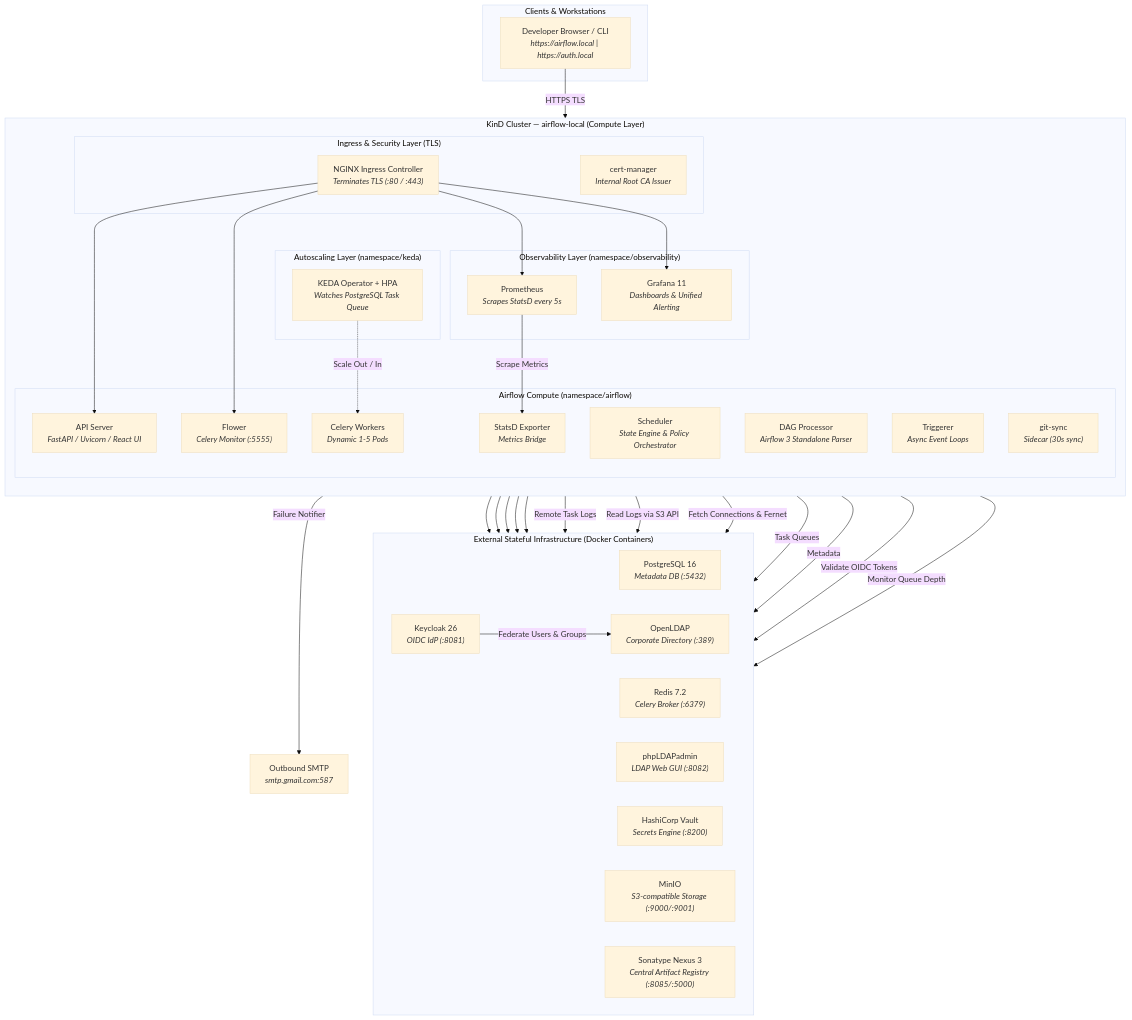
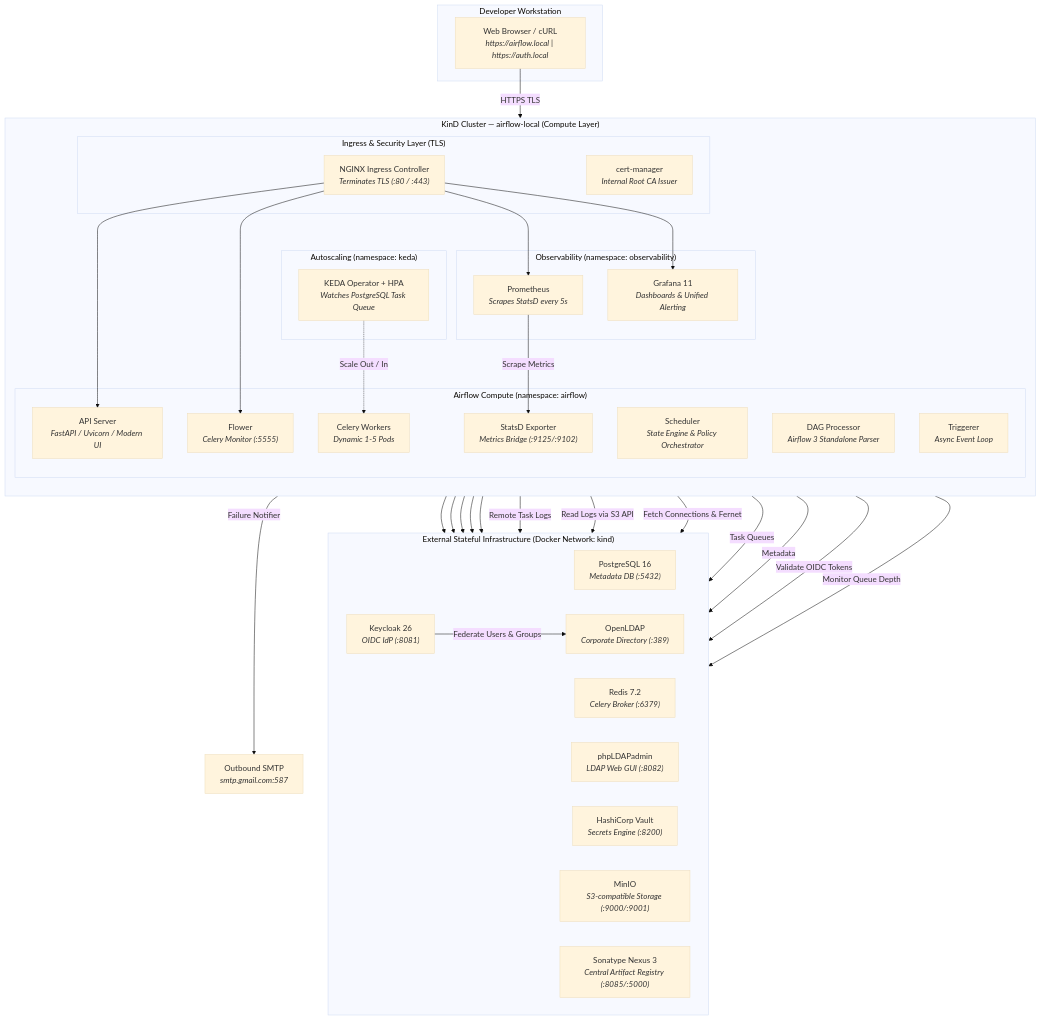
One commit to amirsohelprowork-netizen/Learn_Airflow changed the first of 4 diagrams in README.md. Above: the diagram before and after it, drawn with Mermaid (base theme). The commit also changed other lines of this file, not shown here.

````diff
--- a/README.md
+++ b/README.md
@@ -60,72 +87,71 @@
 ```mermaid
 graph TB
-    subgraph CLIENT["Clients & Workstations"]
-        BROWSER["Developer Browser / CLI<br/><i>https://airflow.local | https://auth.local</i>"]
+    subgraph CLIENT["Developer Workstation"]
+        BROWSER["Web Browser / cURL<br/><i>https://airflow.local | https://auth.local</i>"]
     end
 
     subgraph KIND["KinD Cluster — airflow-local (Compute Layer)"]
         direction TB
 
         subgraph INGRESS_LAYER["Ingress & Security Layer (TLS)"]
             ING["NGINX Ingress Controller<br/><i>Terminates TLS (:80 / :443)</i>"]
             CERT["cert-manager<br/><i>Internal Root CA Issuer</i>"]
         end
 
-        subgraph AIRFLOW_LAYER["Airflow Compute (namespace/airflow)"]
-            API["API Server<br/><i>FastAPI / Uvicorn / React UI</i>"]
+        subgraph AIRFLOW_LAYER["Airflow Compute (namespace: airflow)"]
+            API["API Server<br/><i>FastAPI / Uvicorn / Modern UI</i>"]
             SCH["Scheduler<br/><i>State Engine & Policy Orchestrator</i>"]
             DAG["DAG Processor<br/><i>Airflow 3 Standalone Parser</i>"]
             WRK["Celery Workers<br/><i>Dynamic 1-5 Pods</i>"]
-            TRG["Triggerer<br/><i>Async Event Loops</i>"]
+            TRG["Triggerer<br/><i>Async Event Loop</i>"]
             FLW["Flower<br/><i>Celery Monitor (:5555)</i>"]
-            STATSD["StatsD Exporter<br/><i>Metrics Bridge</i>"]
-            GIT["git-sync<br/><i>Sidecar (30s sync)</i>"]
+            STATSD["StatsD Exporter<br/><i>Metrics Bridge (:9125/:9102)</i>"]
         end
 
-        subgraph AUTOSCALE_LAYER["Autoscaling Layer (namespace/keda)"]
+        subgraph AUTOSCALE_LAYER["Autoscaling (namespace: keda)"]
             KEDA["KEDA Operator + HPA<br/><i>Watches PostgreSQL Task Queue</i>"]
         end
 
-        subgraph OBS_LAYER["Observability Layer (namespace/observability)"]
+        subgraph OBS_LAYER["Observability (namespace: observability)"]
             PROM["Prometheus<br/><i>Scrapes StatsD every 5s</i>"]
             GRAF["Grafana 11<br/><i>Dashboards & Unified Alerting</i>"]
         end
     end
 
-    subgraph EXT["External Stateful Infrastructure (Docker Containers)"]
+    subgraph EXT["External Stateful Infrastructure (Docker Network: kind)"]
         direction LR
         PG["PostgreSQL 16<br/><i>Metadata DB (:5432)</i>"]
         RD["Redis 7.2<br/><i>Celery Broker (:6379)</i>"]
         KC["Keycloak 26<br/><i>OIDC IdP (:8081)</i>"]
         LDAP["OpenLDAP<br/><i>Corporate Directory (:389)</i>"]
         PHA["phpLDAPadmin<br/><i>LDAP Web GUI (:8082)</i>"]
         VLT["HashiCorp Vault<br/><i>Secrets Engine (:8200)</i>"]
         MINIO["MinIO<br/><i>S3-compatible Storage (:9000/:9001)</i>"]
         NEXUS["Sonatype Nexus 3<br/><i>Central Artifact Registry (:8085/:5000)</i>"]
     end
 
     SMTP["Outbound SMTP<br/><i>smtp.gmail.com:587</i>"]
 
     BROWSER -->|HTTPS TLS| ING
     ING --> API
     ING --> FLW
     ING --> GRAF
     ING --> PROM
     ING --> KC
     ING --> VLT
     ING --> MINIO
     ING --> PHA
     ING --> NEXUS
 
     WRK -->|Remote Task Logs| MINIO
     API -->|Read Logs via S3 API| MINIO
     SCH -->|Fetch Connections & Fernet| VLT
     WRK -->|Task Queues| RD
     SCH -->|Metadata| PG
     API -->|Validate OIDC Tokens| KC
     KC -->|Federate Users & Groups| LDAP
     KEDA -->|Monitor Queue Depth| PG
     KEDA -.->|Scale Out / In| WRK
     PROM -->|Scrape Metrics| STATSD
     SCH -->|Failure Notifier| SMTP
 ```
````
